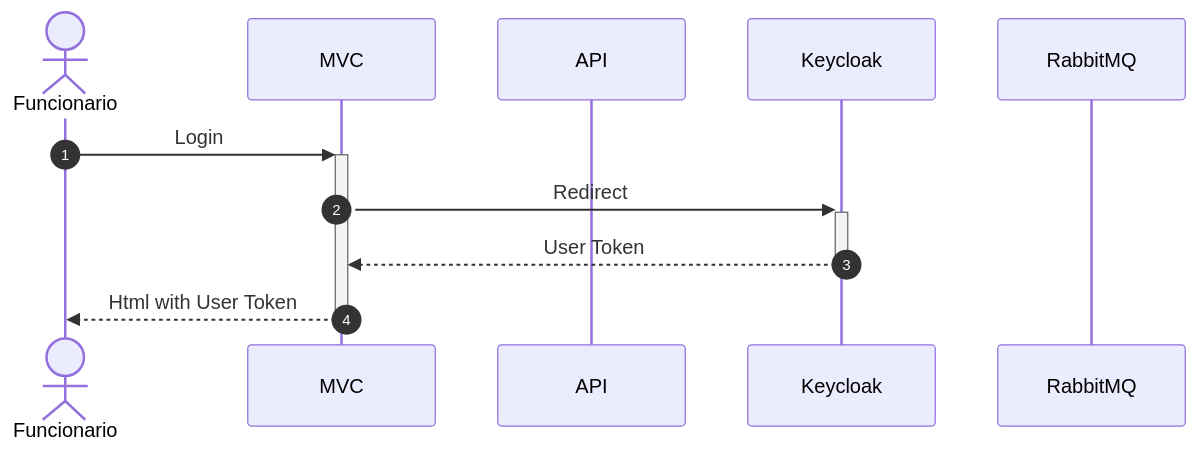
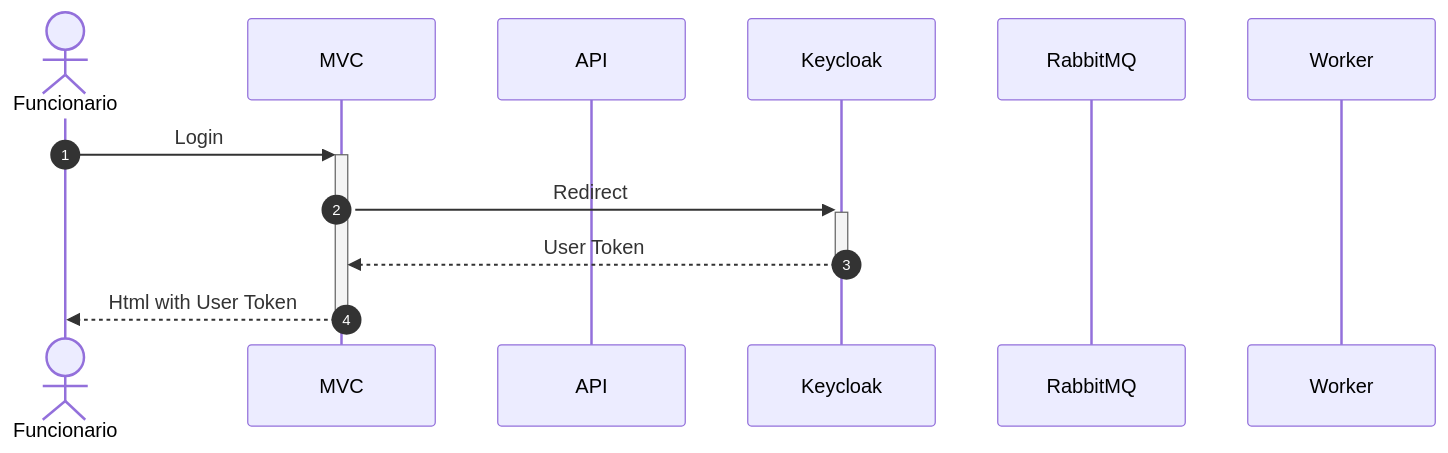
One commit to correia97/sso-arquitetura changed the second of 2 diagrams in readme.md. Above: the diagram before and after it, drawn with Mermaid. The commit also changed other lines of this file and 18 other files, not shown here.

````diff
--- a/readme.md
+++ b/readme.md
@@ -31,17 +34,18 @@
 ```mermaid
 sequenceDiagram
 	autonumber
 	actor Funcionario
 	participant MVC
 	participant API
 	participant Keycloak
 	participant RabbitMQ
+	participant Worker
 	
 
       Funcionario->>+MVC: Login
       MVC->>+Keycloak: Redirect
       Keycloak-->>-MVC: User Token
 			MVC-->>-Funcionario: Html with User Token
 
 	
 ```
````
